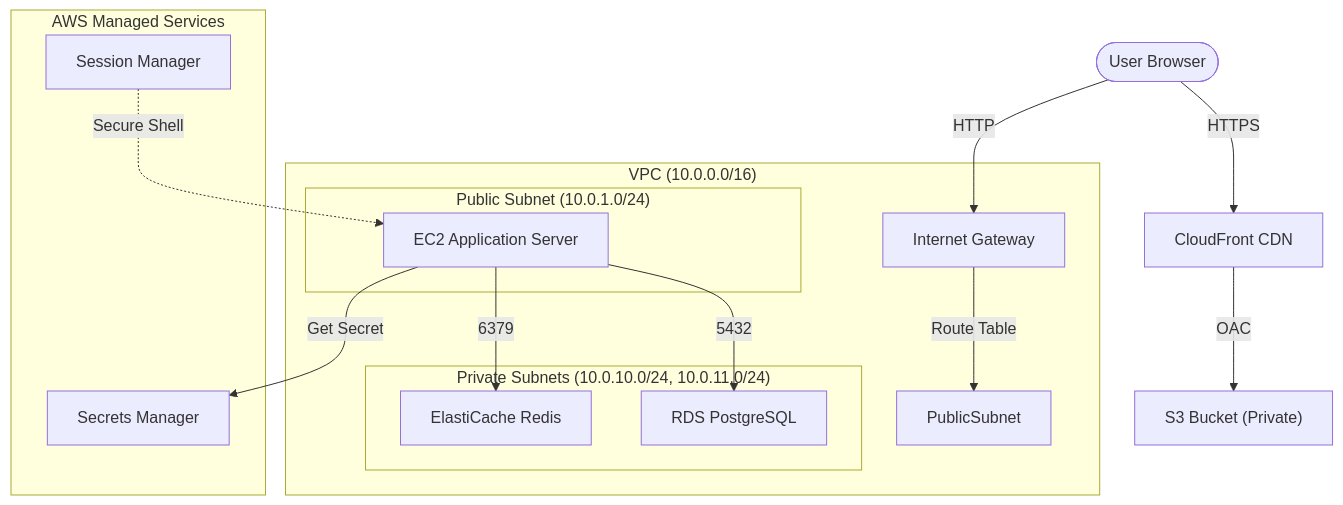
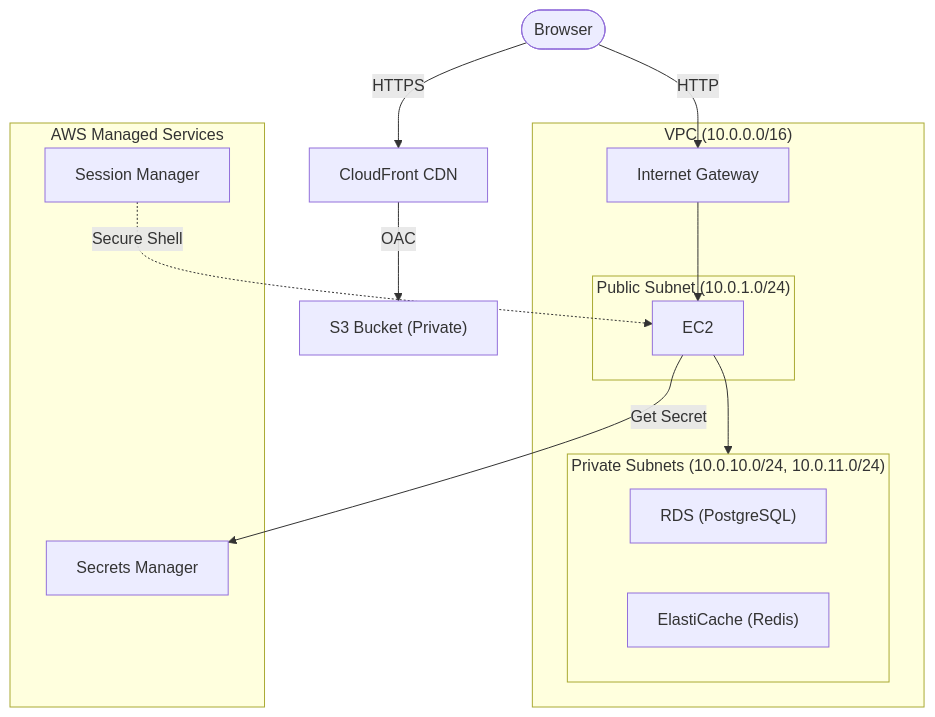
One commit to jeffrey-cordero/capital changed the diagram in aws/terraform.md. Above: the diagram before and after it, drawn with Mermaid. The commit also changed other lines of this file and 16 other files, not shown here.

Commit message:
Improved Terraform documentation with architecture diagram

````diff
--- a/aws/terraform.md
+++ b/aws/terraform.md
@@ -5,31 +7,29 @@
 ```mermaid
 graph TD
-    User([User Browser]) -->|HTTPS| CF[CloudFront CDN]
+    User([Browser]) -->|HTTPS| CF[CloudFront CDN]
     User -->|HTTP| IGW[Internet Gateway]
     
     subgraph "VPC (10.0.0.0/16)"
-        IGW -->|Route Table| PublicSubnet
-        
         subgraph "Public Subnet (10.0.1.0/24)"
-            EC2["EC2 Application Server"]
+            EC2["EC2"]
         end
         
-        subgraph "Private Subnets (10.0.10.0/24, 10.0.11.0/24)"
-            RDS["RDS PostgreSQL"]
-            Redis["ElastiCache Redis"]
+        subgraph PrivateSubnets["Private Subnets (10.0.10.0/24, 10.0.11.0/24)"]
+            RDS["RDS (PostgreSQL)"]
+            Redis["ElastiCache (Redis)"]
         end
         
-        EC2 -->|5432| RDS
-        EC2 -->|6379| Redis
+        IGW --> EC2
+        EC2 --> PrivateSubnets
     end
     
     CF -->|OAC| S3["S3 Bucket (Private)"]
     
     subgraph "AWS Managed Services"
         SM["Secrets Manager"]
         SSM["Session Manager"]
     end
     
     SSM -.->|Secure Shell| EC2
     EC2 -->|Get Secret| SM
 ```
````
